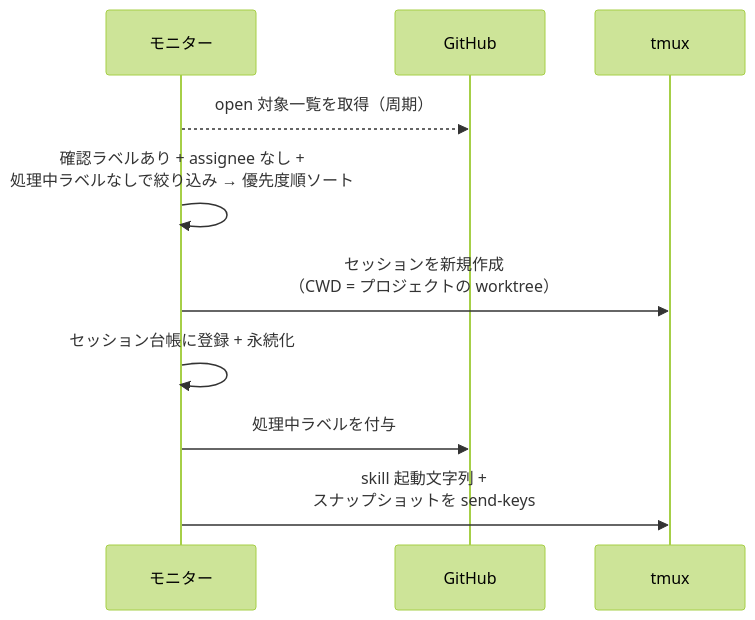
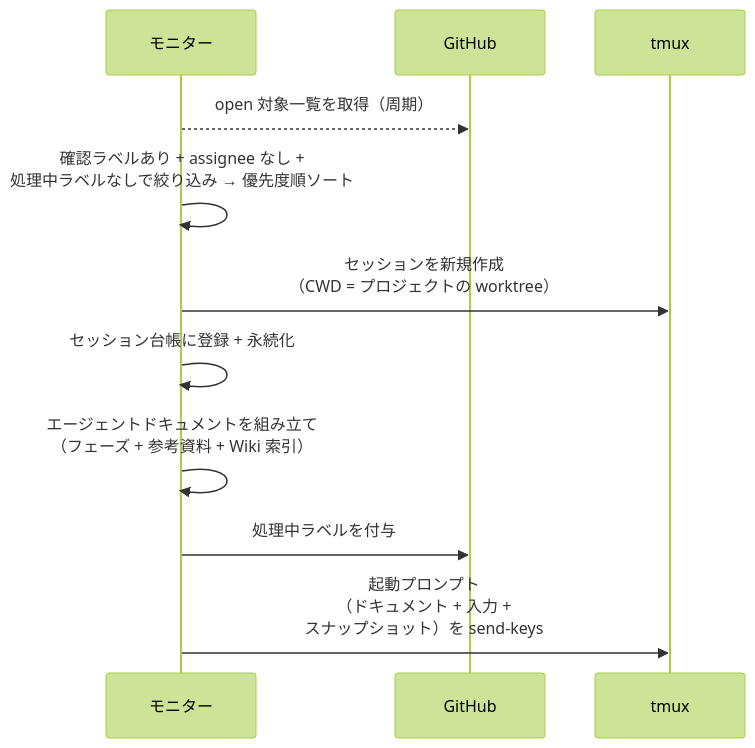
The first of 4 diagrams in docs/wiki/設計図/バックエンド結合/エージェント起動検知.py.md (shuhei1101/ai-monitor), drawn with Mermaid (forest theme) before and after one commit. The commit also changed other lines of this file and 18 other files, not shown here.

````diff
--- a/docs/wiki/設計図/バックエンド結合/エージェント起動検知.py.md
+++ b/docs/wiki/設計図/バックエンド結合/エージェント起動検知.py.md
@@ -42,13 +44,14 @@
 ```mermaid
 sequenceDiagram
   participant MON as モニター
   participant GH as GitHub
   participant TMUX as tmux
 
   MON-->>GH: open 対象一覧を取得（周期）
   MON->>MON: 確認ラベルあり + assignee なし +<br>処理中ラベルなしで絞り込み → 優先度順ソート
   MON->>TMUX: セッションを新規作成<br>（CWD = プロジェクトの worktree）
   MON->>MON: セッション台帳に登録 + 永続化
+  MON->>MON: エージェントドキュメントを組み立て<br>（フェーズ + 参考資料 + Wiki 索引）
   MON->>GH: 処理中ラベルを付与
-  MON->>TMUX: skill 起動文字列 +<br>スナップショットを send-keys
+  MON->>TMUX: 起動プロンプト<br>（ドキュメント + 入力 +<br>スナップショット）を send-keys
 ```
````
